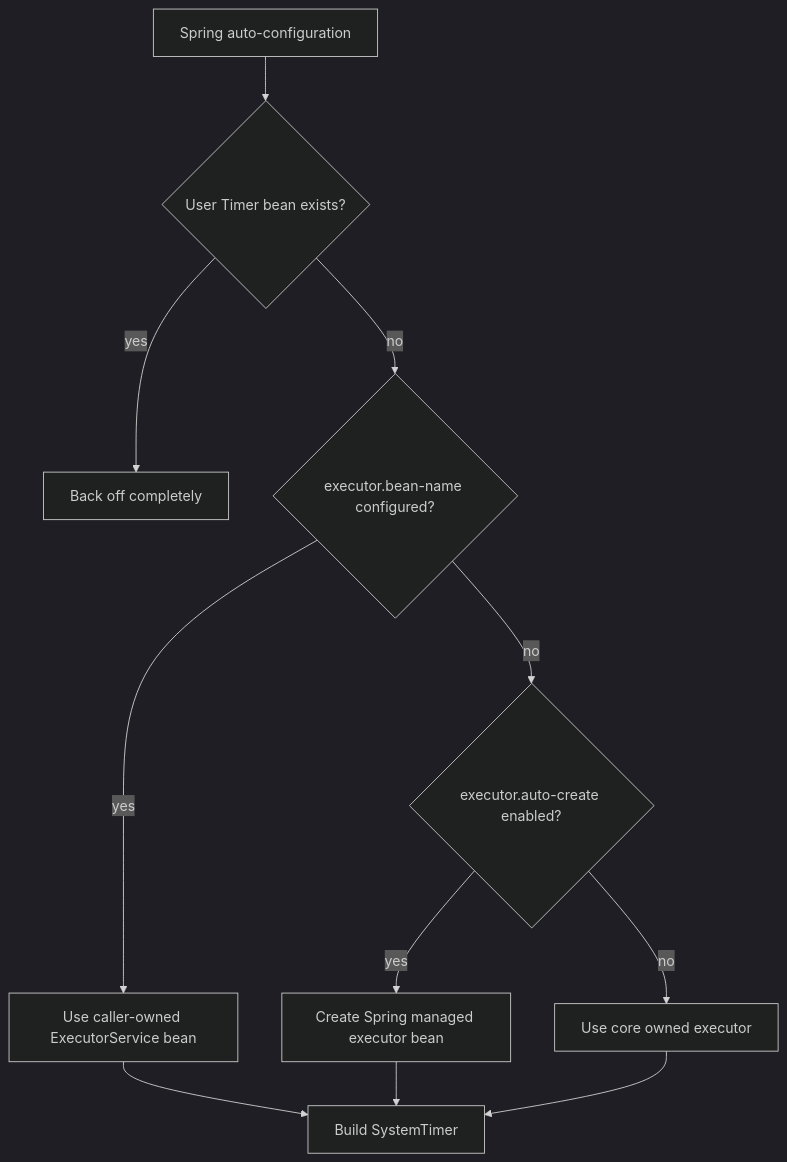
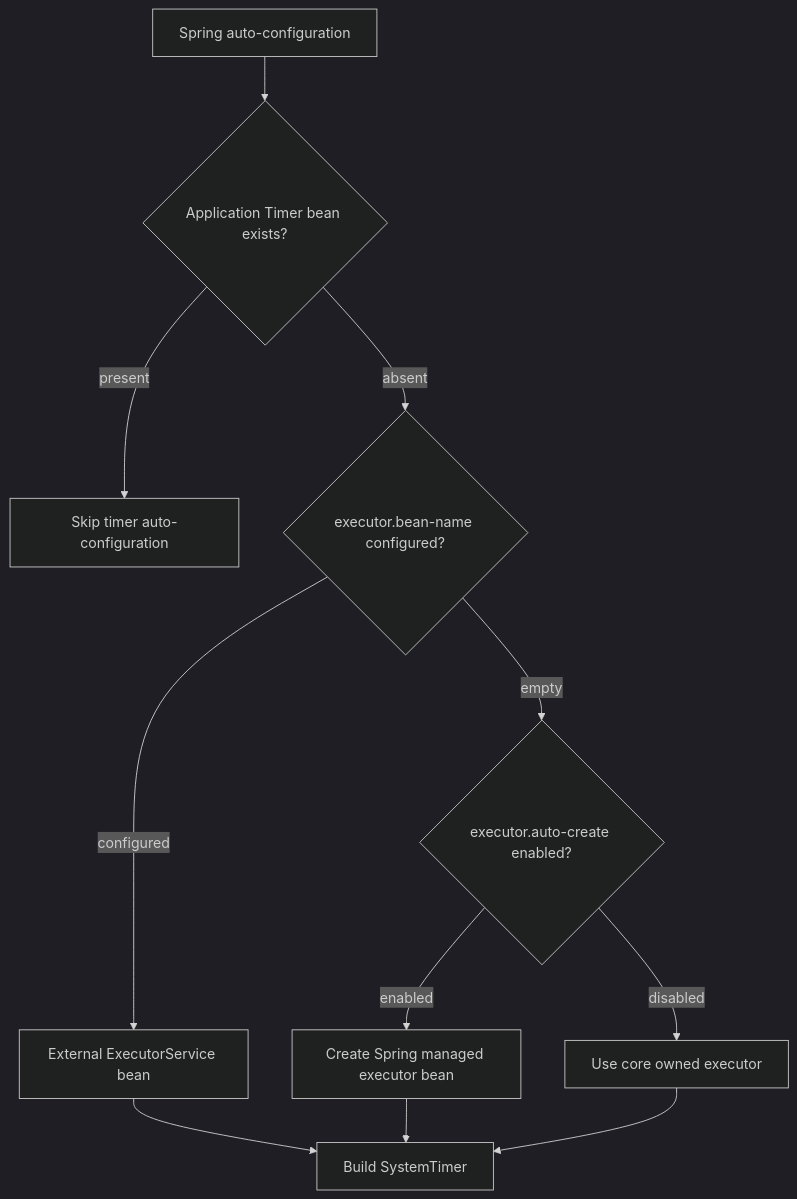
One commit to photowey/timewheel4j changed the eighth of 10 diagrams in docs/architecture.md. Above: the diagram before and after it, drawn with Mermaid (dark theme). The commit also changed other lines of this file and 3 other files, not shown here.

````diff
--- a/docs/architecture.md
+++ b/docs/architecture.md
@@ -344,23 +358,23 @@
 ```mermaid
 flowchart TD
     Start["Spring auto-configuration"]
-    HasTimer{"User Timer bean exists?"}
-    Skip["Back off completely"]
+    HasTimer{"Application Timer bean exists?"}
+    Skip["Skip timer auto-configuration"]
     BeanName{"executor.bean-name configured?"}
-    UseExternal["Use caller-owned ExecutorService bean"]
+    UseExternal["External ExecutorService bean"]
     AutoCreate{"executor.auto-create enabled?"}
     SpringBean["Create Spring managed executor bean"]
     CoreOwned["Use core owned executor"]
     Build["Build SystemTimer"]
 
     Start --> HasTimer
-    HasTimer -->|"yes"| Skip
-    HasTimer -->|"no"| BeanName
-    BeanName -->|"yes"| UseExternal
-    BeanName -->|"no"| AutoCreate
-    AutoCreate -->|"yes"| SpringBean
-    AutoCreate -->|"no"| CoreOwned
+    HasTimer -->|"present"| Skip
+    HasTimer -->|"absent"| BeanName
+    BeanName -->|"configured"| UseExternal
+    BeanName -->|"empty"| AutoCreate
+    AutoCreate -->|"enabled"| SpringBean
+    AutoCreate -->|"disabled"| CoreOwned
     UseExternal --> Build
     SpringBean --> Build
     CoreOwned --> Build
 ```
````
